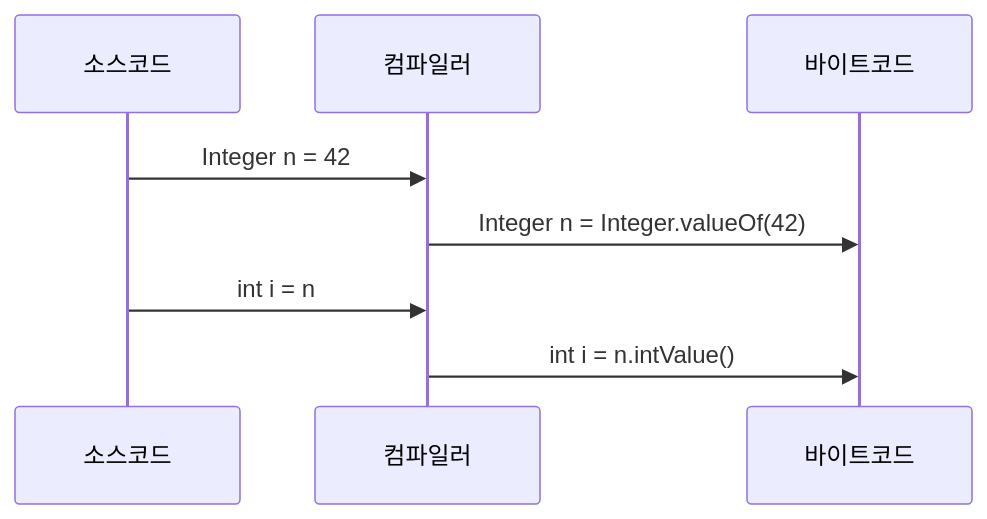
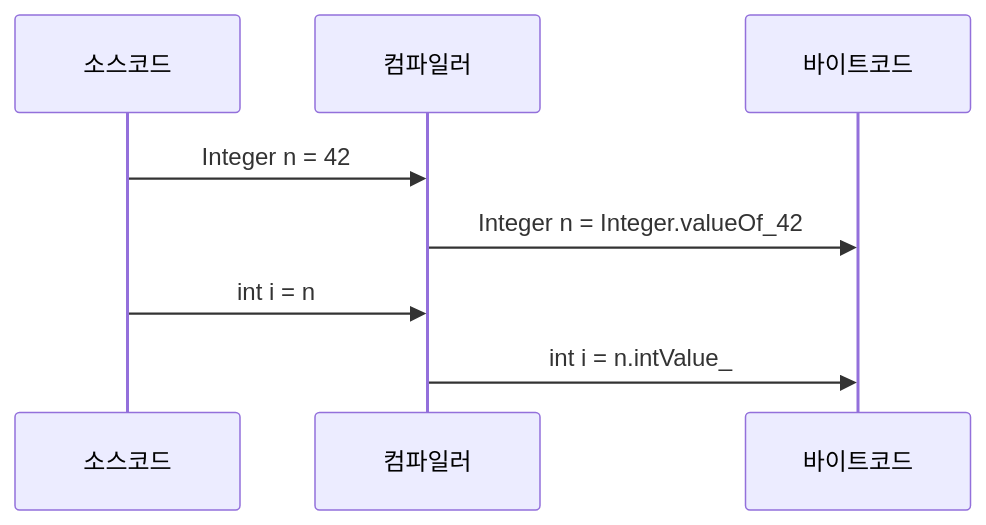
The second of 4 diagrams in _posts/java/2026-05-01-java-wrapper-class.md (yjkim2015/yjkim2015.github.io), drawn with Mermaid before and after one commit. The commit also changed other lines of this file and 85 other files, not shown here.

First line of the commit message:
sequenceDiagram 문법 에러 2차 수정 169개 (86파일)

````diff
--- a/_posts/java/2026-05-01-java-wrapper-class.md
+++ b/_posts/java/2026-05-01-java-wrapper-class.md
@@ -121,10 +121,10 @@
 ```mermaid
 sequenceDiagram
     participant 소스코드
     participant 컴파일러
     participant 바이트코드
     소스코드->>컴파일러: Integer n = 42;
-    컴파일러->>바이트코드: Integer n = Integer.valueOf(42);
+    컴파일러->>바이트코드: Integer n = Integer.valueOf_42;
     소스코드->>컴파일러: int i = n;
-    컴파일러->>바이트코드: int i = n.intValue();
+    컴파일러->>바이트코드: int i = n.intValue_;
 ```
````
